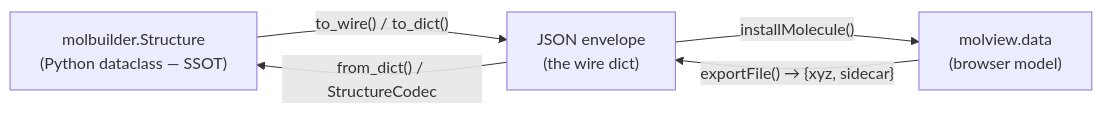
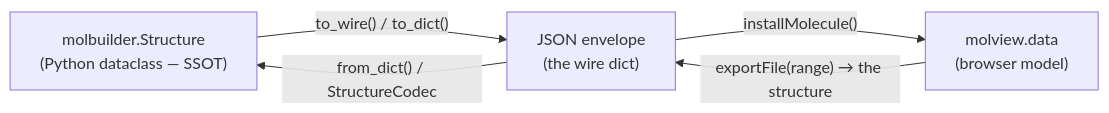
The first of 3 diagrams in docs/model/structure.md (Qing-LAB/molbuilder), drawn with Mermaid before and after one commit. The commit also changed other lines of this file and 13 other files, not shown here.

````diff
--- a/docs/model/structure.md
+++ b/docs/model/structure.md
@@ -38,10 +38,10 @@
 ```mermaid
 flowchart LR
     PY["molbuilder.Structure<br/>(Python dataclass — SSOT)"]
     JSON["JSON envelope<br/>(the wire dict)"]
     JS["molview.data<br/>(browser model)"]
     PY -- "to_wire() / to_dict()" --> JSON
     JSON -- "installMolecule()" --> JS
-    JS -- "exportFile() → {xyz, sidecar}" --> JSON
+    JS -- "exportFile(range) → the structure" --> JSON
     JSON -- "from_dict() / StructureCodec" --> PY
 ```
````
